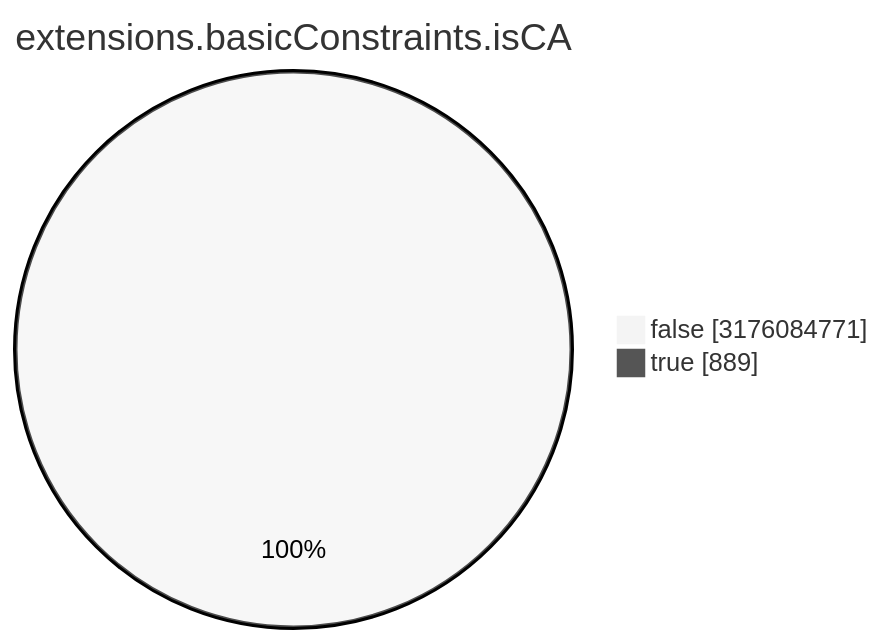
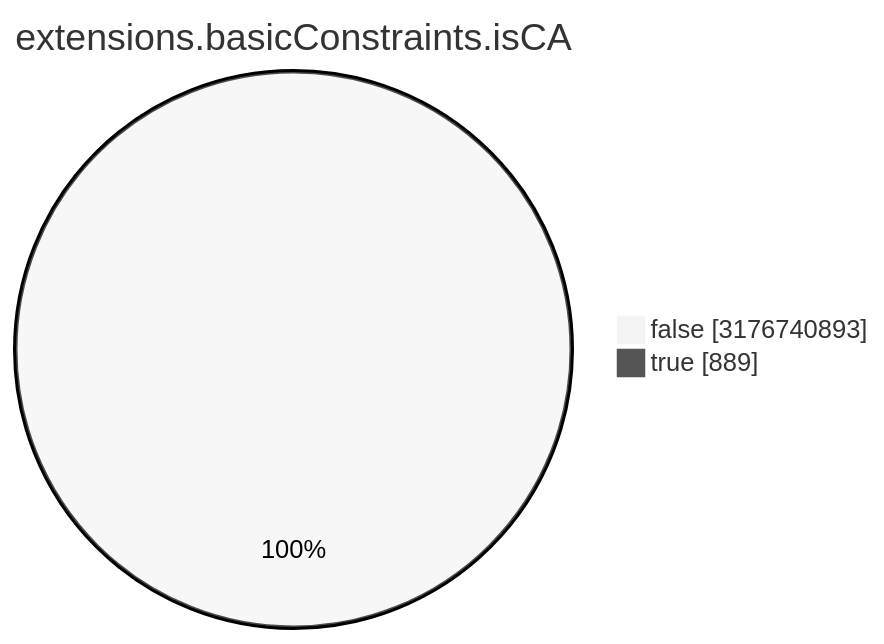
One commit to christiankrug/ctmonitor_visualization changed the seventh of 15 diagrams in TOTAL/README.md. Above: the diagram before and after it, drawn with Mermaid (neutral theme). The commit also changed other lines of this file, not shown here.

````diff
--- a/TOTAL/README.md
+++ b/TOTAL/README.md
@@ -3088,6 +3088,6 @@
 ```mermaid
 pie showData
 title extensions.basicConstraints.isCA
-"false" :3176084771
+"false" :3176740893
 "true" :889
 ```
````
